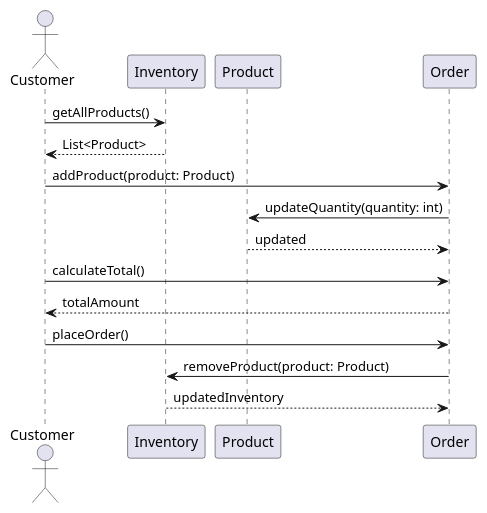
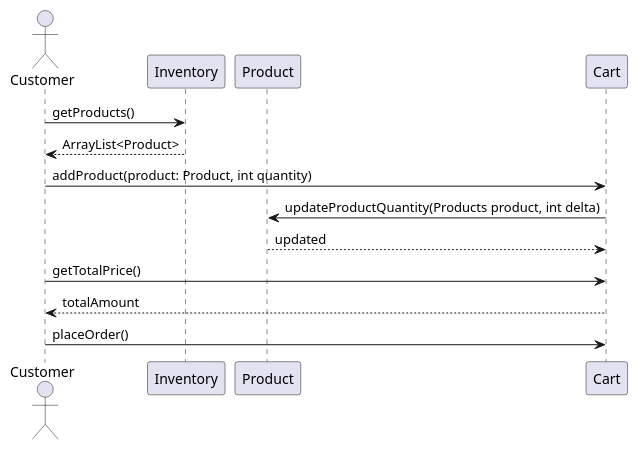
The diagram in Model UML/src/diagram_sekwencji_v1.puml (szczepanikoww/Store_4Spaces), drawn with PlantUML before and after one commit. The commit also changed 7 other files, not shown here.

```diff
--- a/Model UML/src/diagram_sekwencji_v1.puml
+++ b/Model UML/src/diagram_sekwencji_v1.puml
@@ -1,23 +1,21 @@
 @startuml
 actor Customer as c
 participant Inventory as i
 participant Product as p
-participant Order as o
+participant Cart as o
 
-' twoerzenie zamowienia
+' Dodawanie do koszyka
 
-c -> i : getAllProducts()
-i --> c : List<Product>
+c -> i : getProducts()
+i --> c : ArrayList<Product>
 
-c -> o : addProduct(product: Product)
-o -> p : updateQuantity(quantity: int)
+c -> o : addProduct(product: Product, int quantity)
+o -> p : updateProductQuantity(Products product, int delta)
 p --> o : updated
 
-c -> o : calculateTotal()
+c -> o : getTotalPrice()
 o --> c : totalAmount
 
 c -> o : placeOrder()
-o -> i : removeProduct(product: Product)
-i --> o : updatedInventory
 
 @enduml
```
